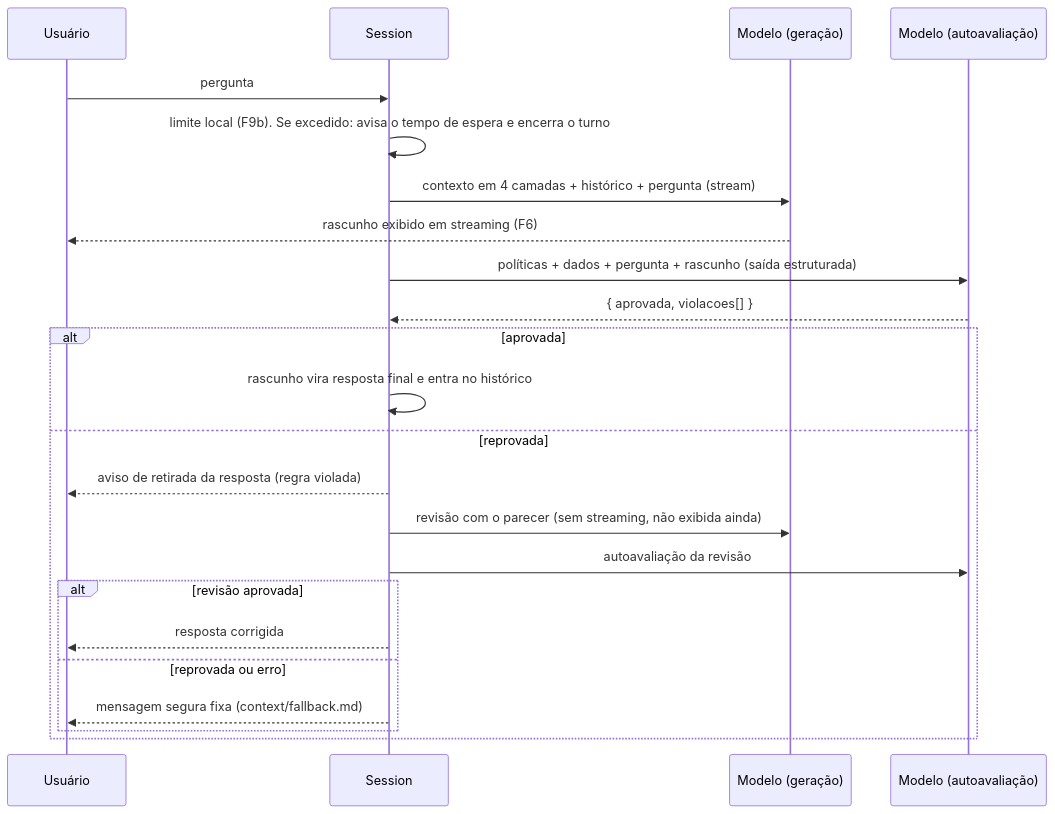
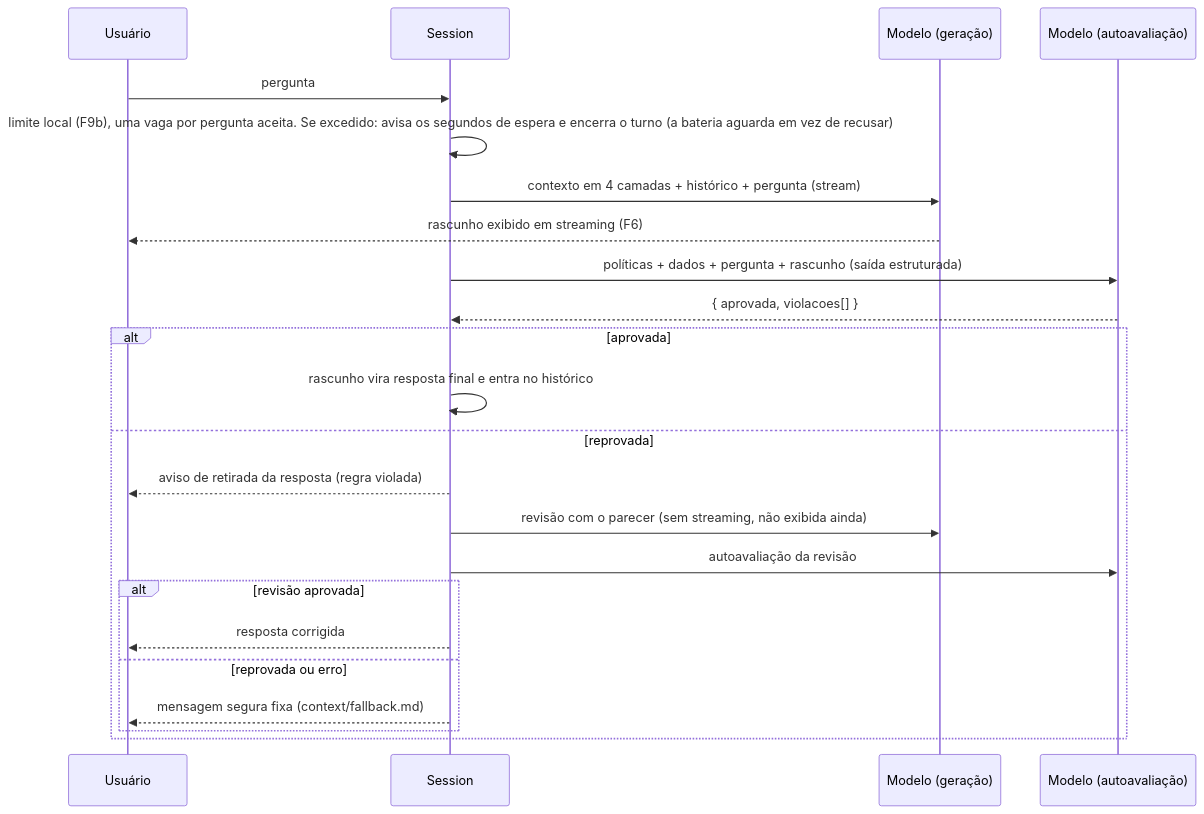
One commit to PetterCristhian/assistente-onboarding-cli changed the second of 2 diagrams in docs/ARQUITETURA.md. Above: the diagram before and after it, drawn with Mermaid. The commit also changed other lines of this file and 14 other files, not shown here.

````diff
--- a/docs/ARQUITETURA.md
+++ b/docs/ARQUITETURA.md
@@ -91,26 +91,26 @@
 ```mermaid
 sequenceDiagram
     participant U as Usuário
     participant S as Session
     participant G as Modelo (geração)
     participant A as Modelo (autoavaliação)
 
     U->>S: pergunta
-    S->>S: limite local (F9b). Se excedido: avisa o tempo de espera e encerra o turno
+    S->>S: limite local (F9b), uma vaga por pergunta aceita. Se excedido: avisa os segundos de espera e encerra o turno (a bateria aguarda em vez de recusar)
     S->>G: contexto em 4 camadas + histórico + pergunta (stream)
     G-->>U: rascunho exibido em streaming (F6)
     S->>A: políticas + dados + pergunta + rascunho (saída estruturada)
     A-->>S: { aprovada, violacoes[] }
     alt aprovada
         S->>S: rascunho vira resposta final e entra no histórico
     else reprovada
         S-->>U: aviso de retirada da resposta (regra violada)
         S->>G: revisão com o parecer (sem streaming, não exibida ainda)
         S->>A: autoavaliação da revisão
         alt revisão aprovada
             S-->>U: resposta corrigida
         else reprovada ou erro
             S-->>U: mensagem segura fixa (context/fallback.md)
         end
     end
 ```
````
